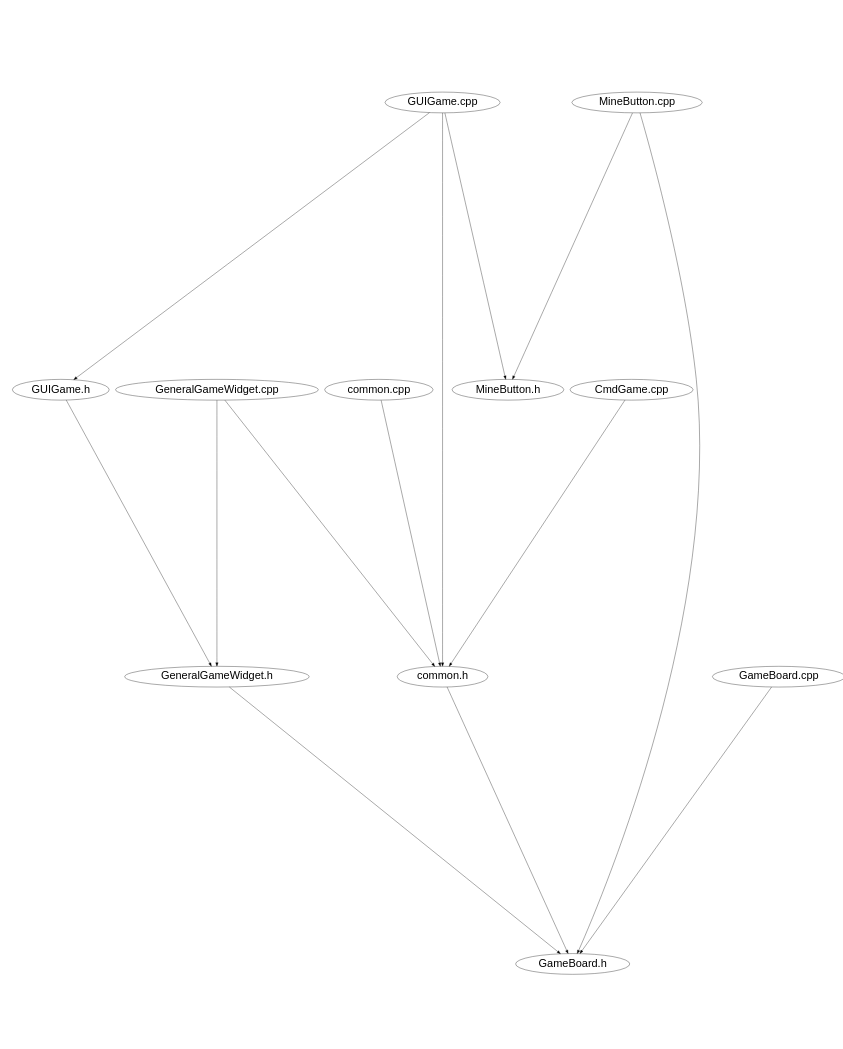
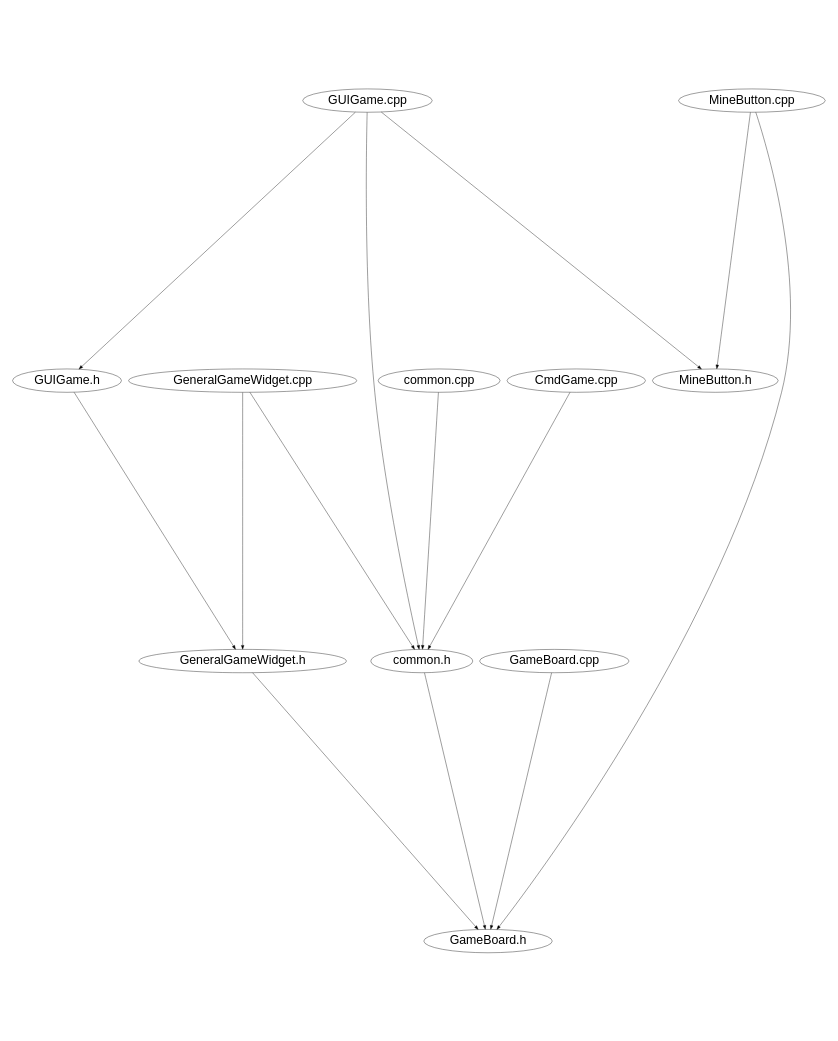
Before and after one commit to jeang-bo-yuan/oop-qt-project: the diagram in minesweeper/doc/Include_Path.dot, drawn with Graphviz. The commit also changed other lines of this file and 6 other files, not shown here.

Commit message:
Let GameBoard::load throw exception when loading failed

```diff
--- a/minesweeper/doc/Include_Path.dot
+++ b/minesweeper/doc/Include_Path.dot
@@ -1,22 +1,22 @@
 digraph "source tree" {
     overlap=scale;
     size="8,10";
     ratio="fill";
     fontsize="32";
     fontname="Helvetica";
 	node [fontsize="32", fontname="Helvetica"]
 	clusterrank="local";
-	"GeneralGameWidget.h" -> "GameBoard.h"
-	"GUIGame.h" -> "GeneralGameWidget.h"
+	"GUIGame.cpp" -> "common.h"
 	"common.cpp" -> "common.h"
-	"common.h" -> "GameBoard.h"
+	"GeneralGameWidget.cpp" -> "common.h"
+	"GameBoard.cpp" -> "GameBoard.h"
 	"GeneralGameWidget.cpp" -> "GeneralGameWidget.h"
-	"GameBoard.cpp" -> "GameBoard.h"
 	"GUIGame.cpp" -> "MineButton.h"
-	"GUIGame.cpp" -> "common.h"
-	"MineButton.cpp" -> "GameBoard.h"
 	"GUIGame.cpp" -> "GUIGame.h"
 	"MineButton.cpp" -> "MineButton.h"
-	"GeneralGameWidget.cpp" -> "common.h"
+	"GUIGame.h" -> "GeneralGameWidget.h"
+	"MineButton.cpp" -> "GameBoard.h"
+	"common.h" -> "GameBoard.h"
 	"CmdGame.cpp" -> "common.h"
+	"GeneralGameWidget.h" -> "GameBoard.h"
 }
```
